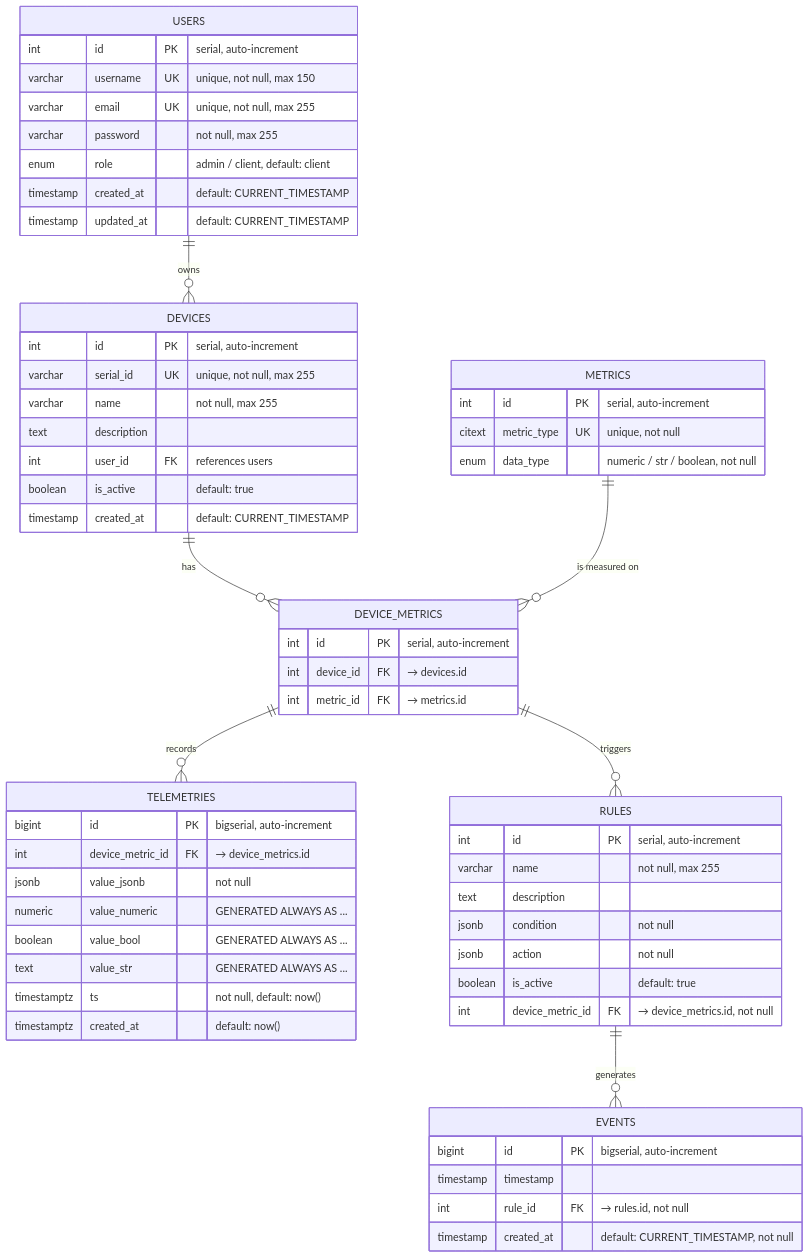
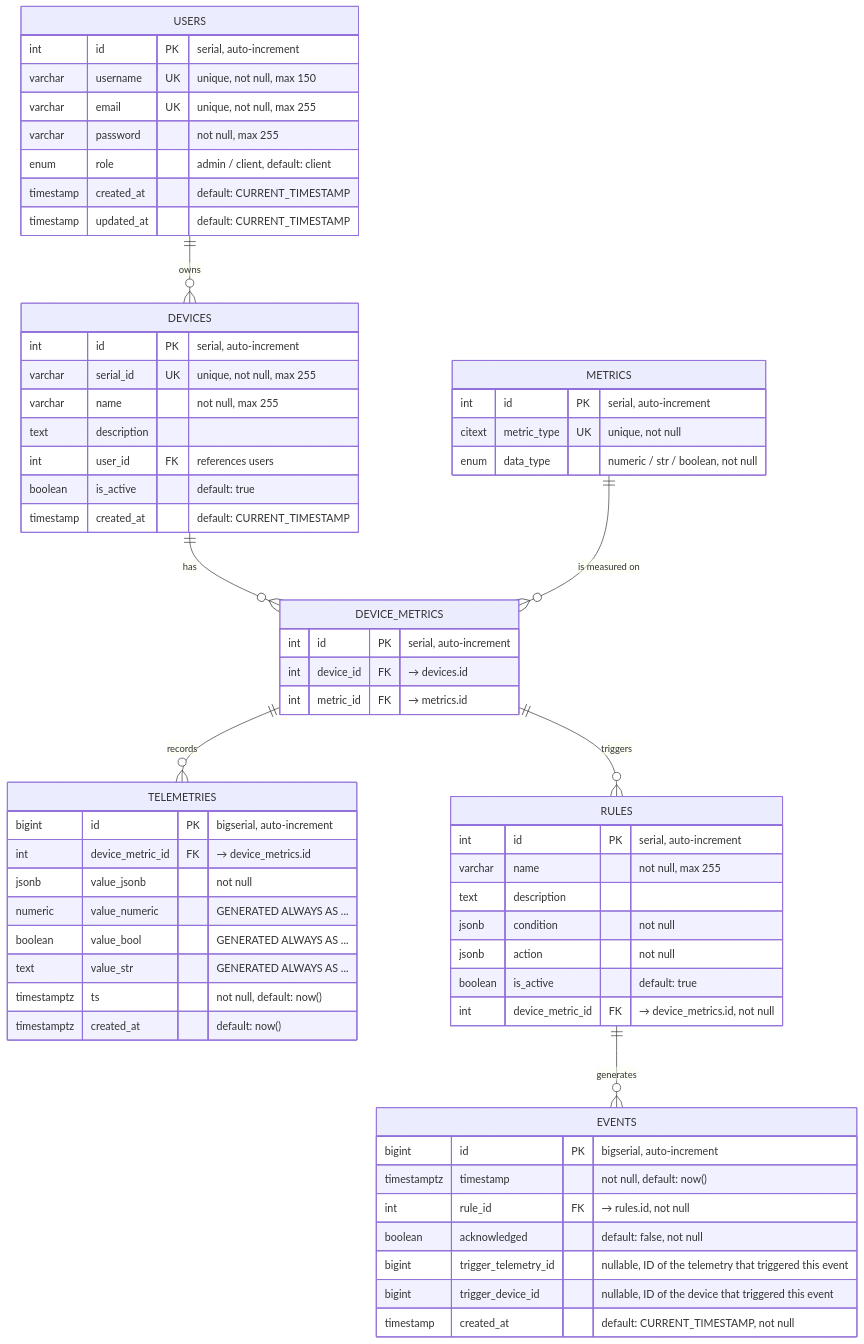
One commit to Project-Stage-Academy/IoT-Hub-bravo changed the diagram in docs/schema.md. Above: the diagram before and after it, drawn with Mermaid. The commit also changed other lines of this file and 2 other files, not shown here.

Commit message:
update api docs and add export events instruction

````diff
--- a/docs/schema.md
+++ b/docs/schema.md
@@ -14,69 +14,72 @@
 ```mermaid
 erDiagram
     USERS ||--o{ DEVICES          : "owns"
     DEVICES ||--o{ DEVICE_METRICS : "has"
     METRICS ||--o{ DEVICE_METRICS : "is measured on"
     DEVICE_METRICS ||--o{ TELEMETRIES     : "records"
     DEVICE_METRICS ||--o{ RULES           : "triggers"
     RULES          ||--o{ EVENTS          : "generates"
 
     USERS {
         int      id          PK "serial, auto-increment"
         varchar  username    UK "unique, not null, max 150"
         varchar  email       UK "unique, not null, max 255"
         varchar  password    "not null, max 255"
         enum     role        "admin / client, default: client"
         timestamp created_at "default: CURRENT_TIMESTAMP"
         timestamp updated_at "default: CURRENT_TIMESTAMP"
     }
 
     DEVICES {
         int      id          PK "serial, auto-increment"
         varchar  serial_id   UK "unique, not null, max 255"
         varchar  name        "not null, max 255"
         text     description
         int      user_id     FK "references users"
         boolean  is_active   "default: true"
         timestamp created_at "default: CURRENT_TIMESTAMP"
     }
 
     METRICS {
         int    id         PK "serial, auto-increment"
         citext metric_type UK "unique, not null"
         enum   data_type   "numeric / str / boolean, not null"
     }
 
     DEVICE_METRICS {
         int id          PK "serial, auto-increment"
         int device_id   FK "→ devices.id"
         int metric_id   FK "→ metrics.id"
     }
 
     TELEMETRIES {
         bigint      id               PK "bigserial, auto-increment"
         int         device_metric_id FK "→ device_metrics.id"
         jsonb       value_jsonb      "not null"
         numeric     value_numeric    "GENERATED ALWAYS AS ..."
         boolean     value_bool       "GENERATED ALWAYS AS ..."
         text        value_str        "GENERATED ALWAYS AS ..."
         timestamptz ts               "not null, default: now()"
         timestamptz created_at       "default: now()"
     }
 
     RULES {
         int     id                PK "serial, auto-increment"
         varchar name              "not null, max 255"
         text    description
         jsonb   condition         "not null"
         jsonb   action            "not null"
         boolean is_active         "default: true"
         int     device_metric_id  FK "→ device_metrics.id, not null"
     }
 
     EVENTS {
-        bigint    id         PK "bigserial, auto-increment"
-        timestamp timestamp
-        int       rule_id    FK "→ rules.id, not null"
-        timestamp created_at "default: CURRENT_TIMESTAMP, not null"
+      bigint      id                    PK "bigserial, auto-increment"
+      timestamptz  timestamp             "not null, default: now()"
+      int          rule_id               FK "→ rules.id, not null"
+      boolean      acknowledged          "default: false, not null"
+      bigint       trigger_telemetry_id  "nullable, ID of the telemetry that triggered this event"
+      bigint       trigger_device_id     "nullable, ID of the device that triggered this event"
+      timestamp    created_at            "default: CURRENT_TIMESTAMP, not null"
     }
 ```
````
